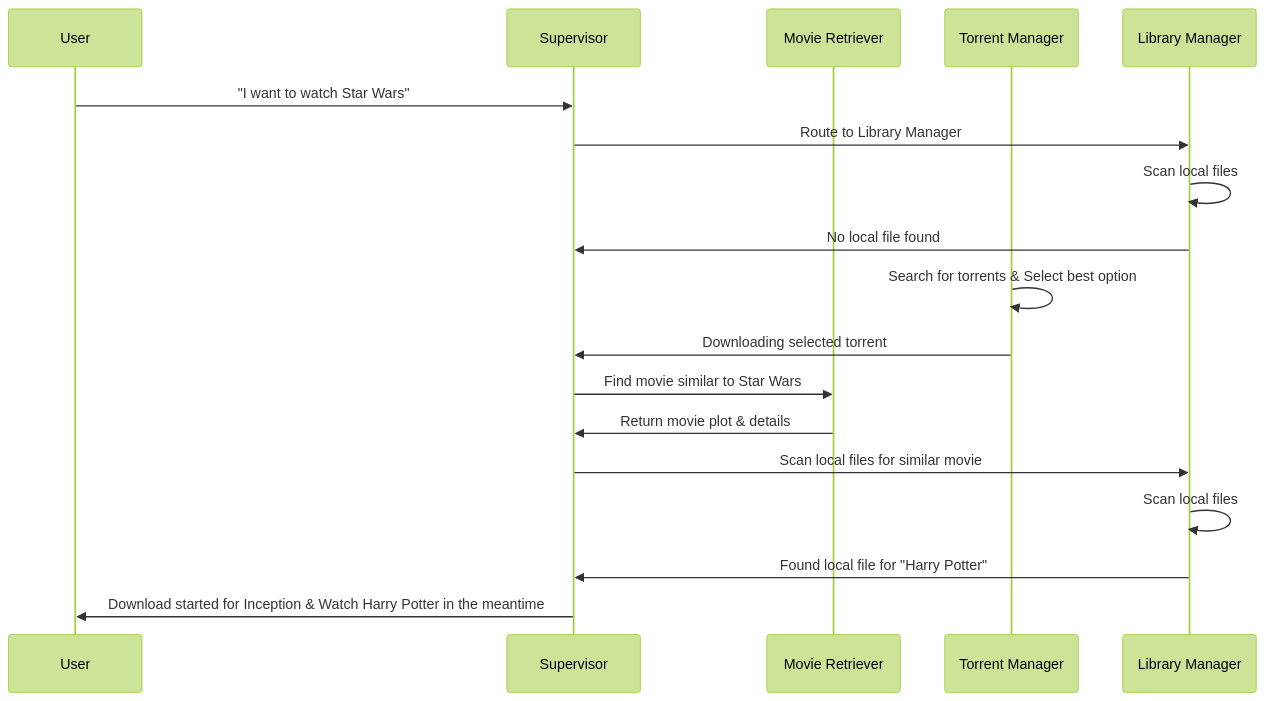
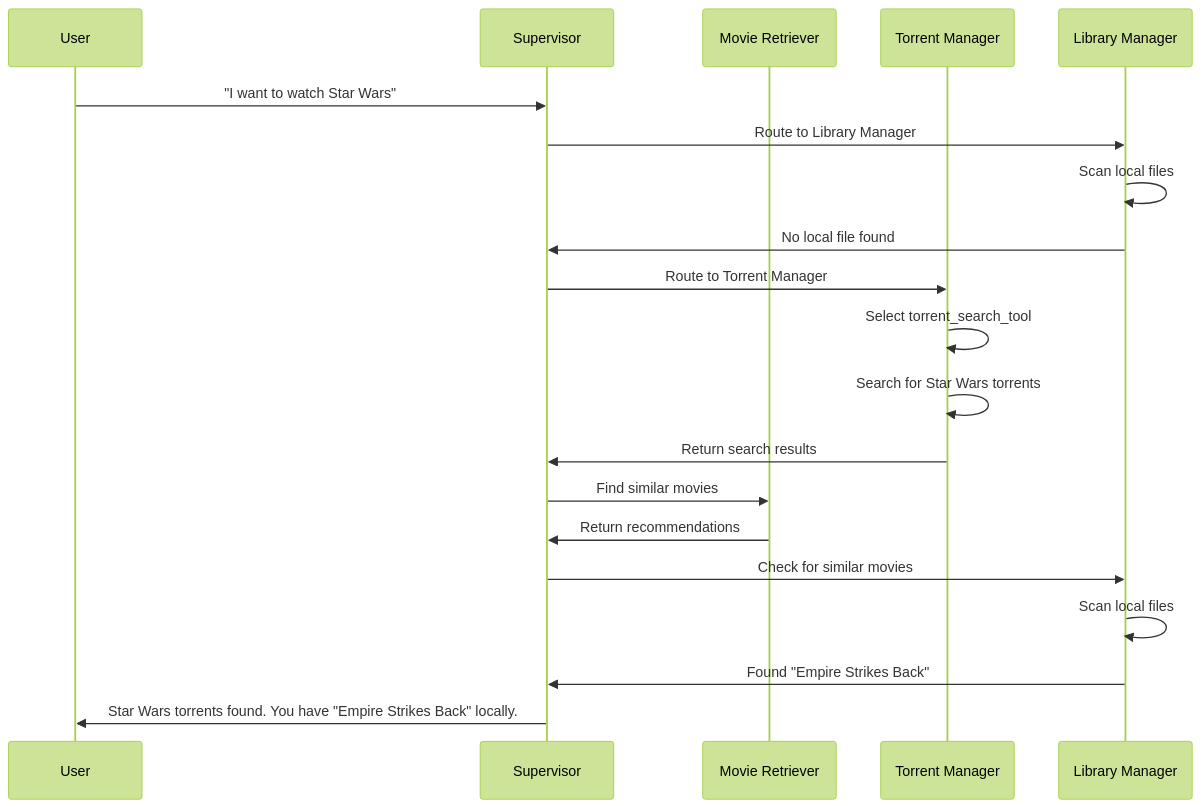
One commit to elisarchod/turtle_app changed the fourth of 4 diagrams in README.md. Above: the diagram before and after it, drawn with Mermaid (forest theme). The commit also changed other lines of this file and 20 other files, not shown here.

````diff
--- a/README.md
+++ b/README.md
@@ -158,20 +191,22 @@
 ```mermaid
 sequenceDiagram
   participant U as User
   participant S as Supervisor
   participant MR as Movie Retriever
   participant TM as Torrent Manager
   participant LM as Library Manager
   U ->> S: "I want to watch Star Wars"
   S ->> LM: Route to Library Manager
   LM ->> LM: Scan local files
   LM ->> S: No local file found
-  TM ->> TM: Search for torrents & Select best option
-  TM ->> S: Downloading selected torrent
-  S ->> MR: Find movie similar to Star Wars
-  MR ->> S: Return movie plot & details
-  S ->> LM: Scan local files for similar movie
+  S ->> TM: Route to Torrent Manager
+  TM ->> TM: Select torrent_search_tool
+  TM ->> TM: Search for Star Wars torrents
+  TM ->> S: Return search results
+  S ->> MR: Find similar movies
+  MR ->> S: Return recommendations
+  S ->> LM: Check for similar movies
   LM ->> LM: Scan local files
-  LM ->> S: Found local file for "Harry Potter"
-  S ->> U: Download started for Inception & Watch Harry Potter in the meantime
+  LM ->> S: Found "Empire Strikes Back"
+  S ->> U: Star Wars torrents found. You have "Empire Strikes Back" locally.
 ```
````
